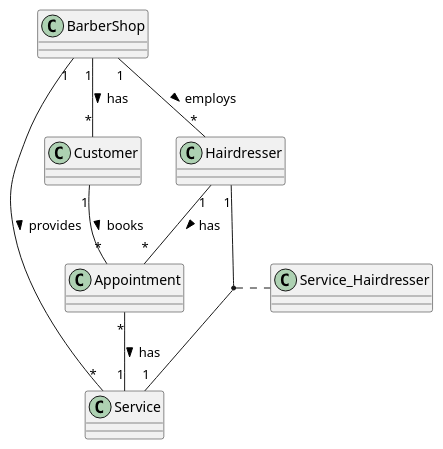
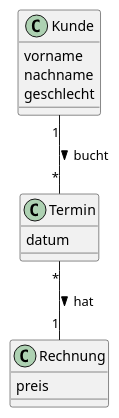
The diagram in asciidocs/asciidocs/plantuml/BarberShop.puml (2223-4bhitm-sew/01-microproject-GoldmannPascal), drawn with PlantUML before and after one commit. The commit also changed 2 other files, not shown here.

```diff
--- a/asciidocs/asciidocs/plantuml/BarberShop.puml
+++ b/asciidocs/asciidocs/plantuml/BarberShop.puml
@@ -1,27 +1,27 @@
 @startuml
 
 top to bottom direction
 
 
-class BarberShop
+class Rechnung {
+    preis
+}
 
-class Service
+class Kunde {
+    vorname
+    nachname
+    geschlecht
+}
 
-class Customer
+class Termin {
+    datum
+}
 
-class Hairdresser
 
-class Appointment
+Kunde "1"--"*" Termin : bucht >
+Termin "*"--"1" Rechnung : hat >
 
-BarberShop "1"--"*" Hairdresser : employs >
-BarberShop "1"--"*" Customer : has >
-BarberShop "1"--"*" Service : provides >
-Customer "1"--"*" Appointment : books >
-Hairdresser "1"--"*" Appointment : has >
-Appointment "*"--"1" Service : has >
-Hairdresser "1"--"1" Service
 
-(Hairdresser, Service) .. Service_Hairdresser
 
 
 @enduml
```
